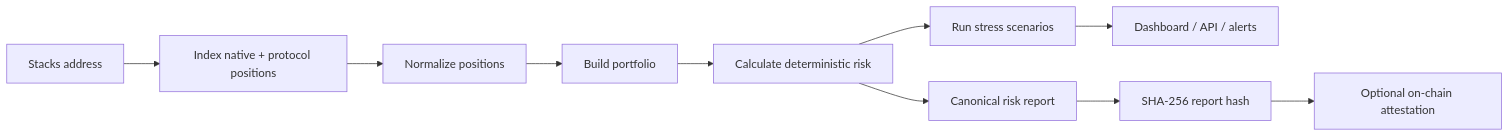
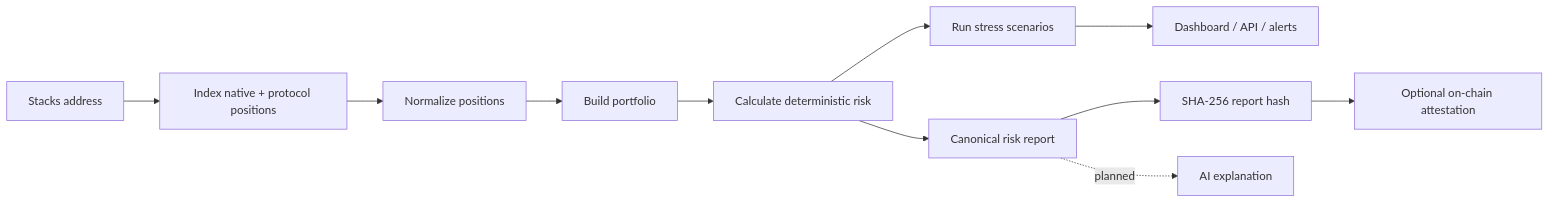
The first of 2 diagrams in README.md (TheSoftNode/riskrail), drawn with Mermaid before and after one commit. The commit also changed other lines of this file and 14 other files, not shown here.

````diff
--- a/README.md
+++ b/README.md
@@ -50,12 +50,13 @@
 ```mermaid
 flowchart LR
     A[Stacks address] --> B[Index native + protocol positions]
     B --> C[Normalize positions]
     C --> D[Build portfolio]
     D --> E[Calculate deterministic risk]
     E --> F[Run stress scenarios]
     F --> G[Dashboard / API / alerts]
     E --> H[Canonical risk report]
     H --> I[SHA-256 report hash]
     I --> J[Optional on-chain attestation]
+    H -.planned.-> K[AI explanation]
 ```
````
